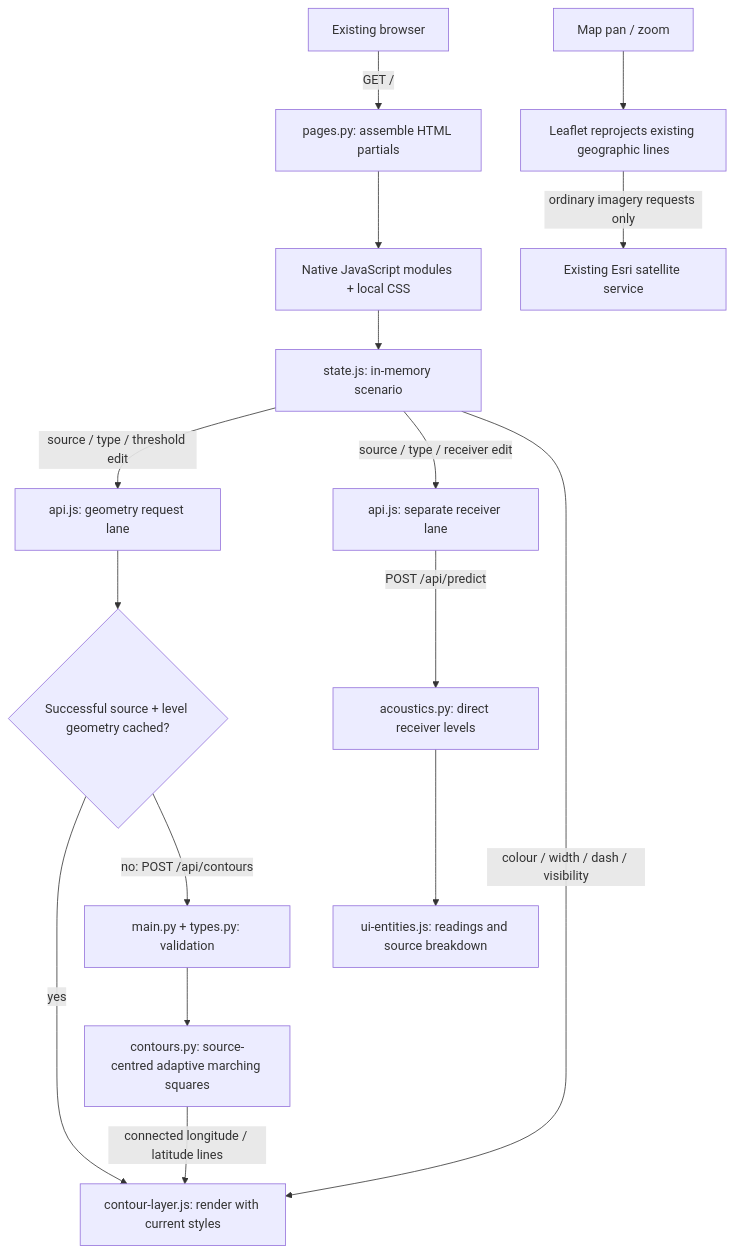
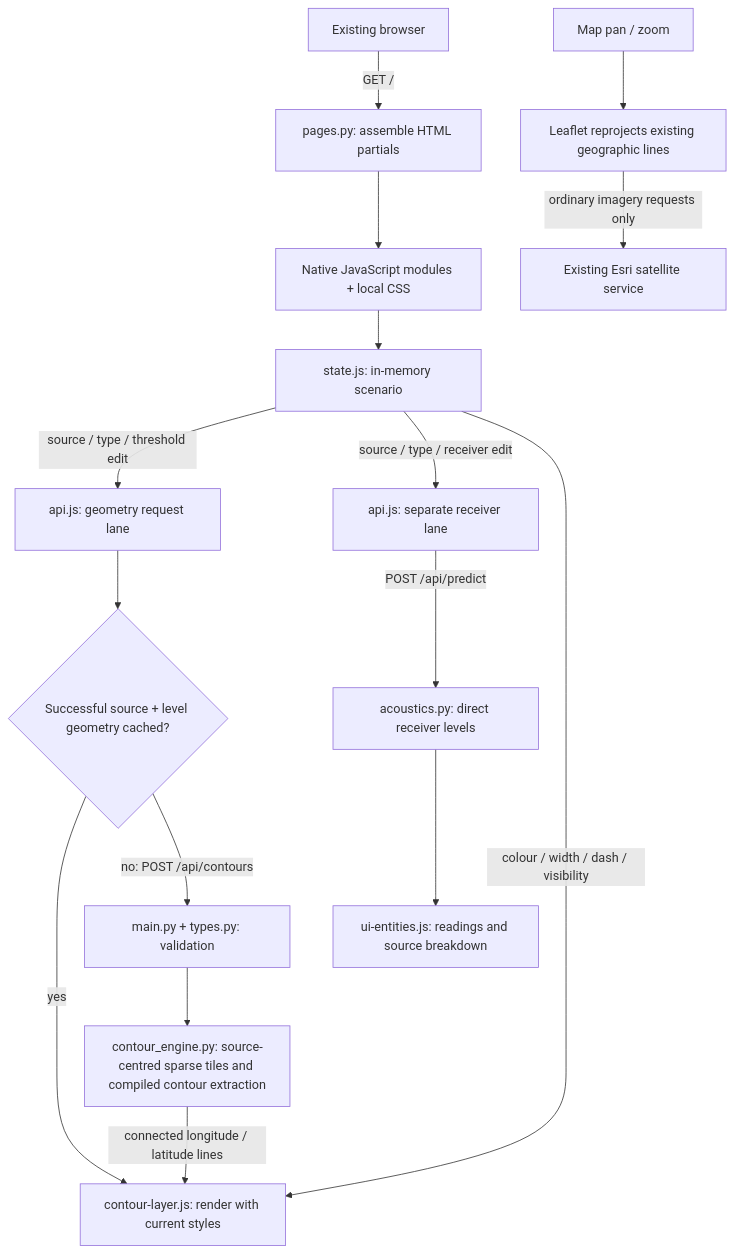
One commit to Jakespitteler/Sound-Model changed the first of 2 diagrams in ARCHITECURE.md. Above: the diagram before and after it, drawn with Mermaid. The commit also changed other lines of this file and 13 other files, not shown here.

````diff
--- a/ARCHITECURE.md
+++ b/ARCHITECURE.md
@@ -47,18 +49,18 @@
 ```mermaid
 flowchart TD
     Browser[Existing browser] -->|GET /| Page[pages.py: assemble HTML partials]
     Page --> Modules[Native JavaScript modules + local CSS]
     Modules --> State[state.js: in-memory scenario]
     State -->|source / type / threshold edit| GeometryLane[api.js: geometry request lane]
     GeometryLane --> Cache{Successful source + level geometry cached?}
     Cache -->|yes| Lines[contour-layer.js: render with current styles]
     Cache -->|no: POST /api/contours| API[main.py + types.py: validation]
-    API --> Adaptive[contours.py: source-centred adaptive marching squares]
+    API --> Adaptive[contour_engine.py: source-centred sparse tiles and compiled contour extraction]
     Adaptive -->|connected longitude / latitude lines| Lines
     State -->|source / type / receiver edit| ReceiverLane[api.js: separate receiver lane]
     ReceiverLane -->|POST /api/predict| Physics[acoustics.py: direct receiver levels]
     Physics --> Readings[ui-entities.js: readings and source breakdown]
     State -->|colour / width / dash / visibility| Lines
     Camera[Map pan / zoom] --> Leaflet[Leaflet reprojects existing geographic lines]
     Leaflet -->|ordinary imagery requests only| Tiles[Existing Esri satellite service]
 ```
````
